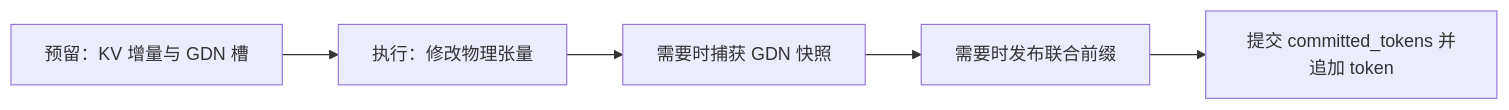
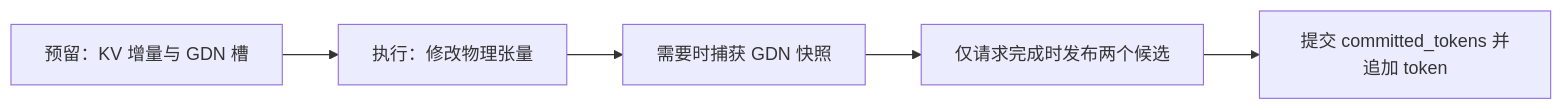
Before and after one commit to Hg-Spark/nano-vllm: the diagram in docs/scheduling.md, drawn with Mermaid. The commit also changed other lines of this file and 13 other files, not shown here.

````diff
--- a/docs/scheduling.md
+++ b/docs/scheduling.md
@@ -59,7 +59,7 @@
 ```mermaid
 flowchart LR
     A[预留：KV 增量与 GDN 槽] --> B[执行：修改物理张量]
     B --> C[需要时捕获 GDN 快照]
-    C --> D[需要时发布联合前缀]
+    C --> D[仅请求完成时发布两个候选]
     D --> E[提交 committed_tokens 并追加 token]
 ```
````
